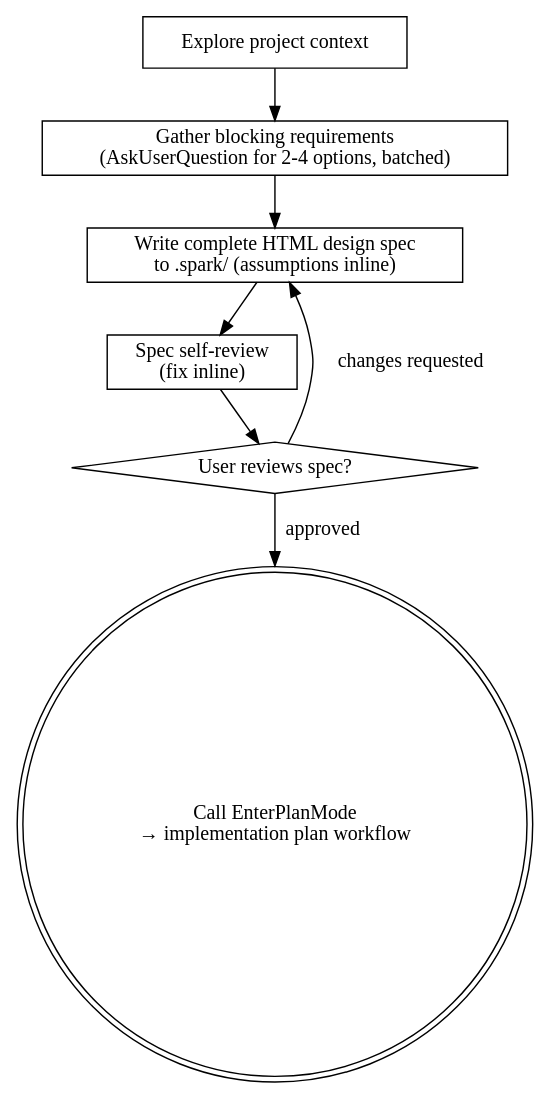
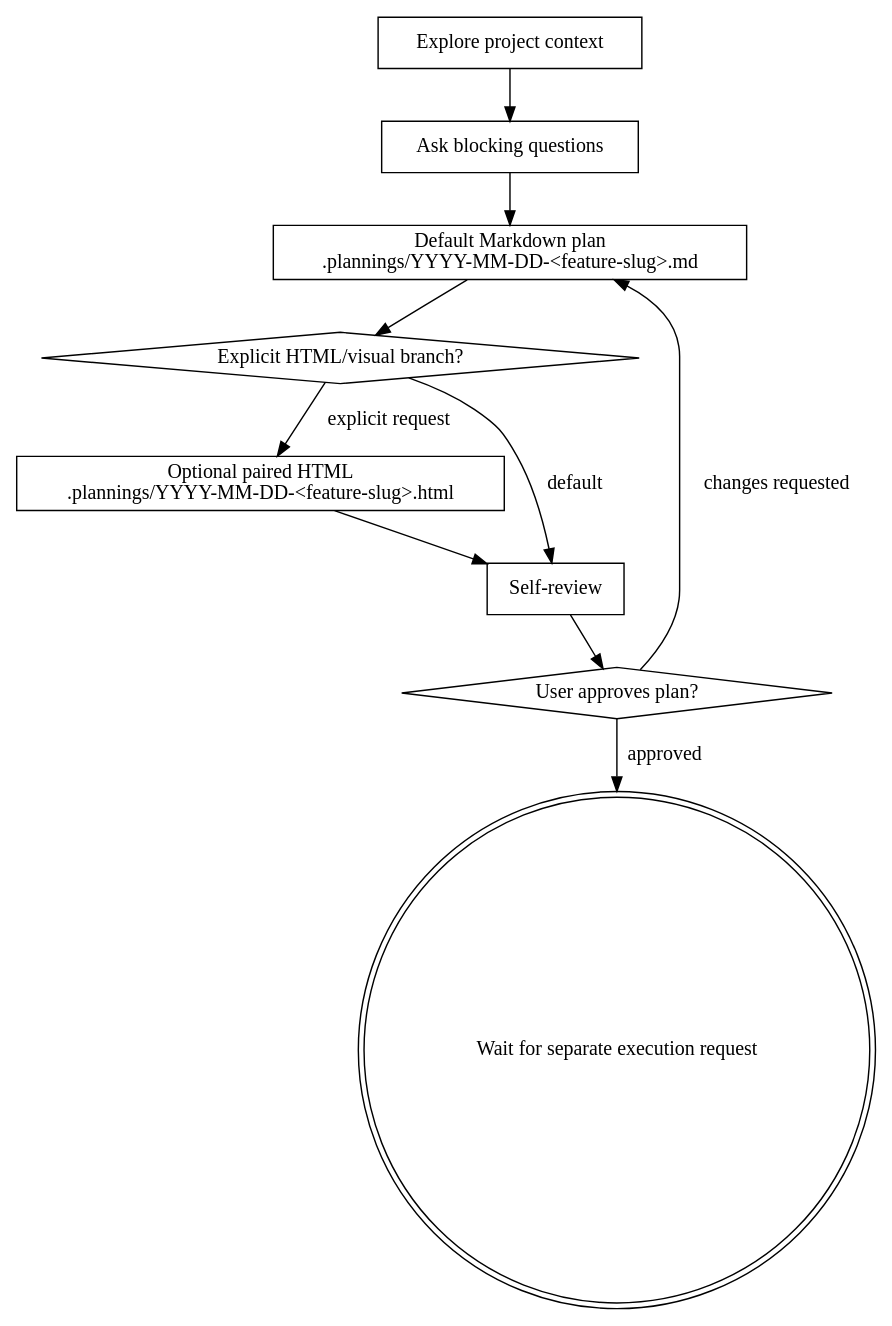
Before and after one commit to bahayonghang/my-ai-cli-toolkit: the diagram in skills/development-workflows/spark/SKILL.md, drawn with Graphviz. The commit also changed other lines of this file and 11 other files, not shown here.

First line of the commit message:
feat(spark): [AI] ✨ 默认生成 Markdown 实施计划

````diff
--- a/skills/development-workflows/spark/SKILL.md
+++ b/skills/development-workflows/spark/SKILL.md
@@ -43,17 +46,29 @@
 ```dot
-digraph brainstorming {
+digraph spark_plan {
     "Explore project context" [shape=box];
-    "Gather blocking requirements\n(AskUserQuestion for 2-4 options, batched)" [shape=box];
-    "Write complete HTML design spec\nto .spark/ (assumptions inline)" [shape=box];
-    "Spec self-review\n(fix inline)" [shape=box];
-    "User reviews spec?" [shape=diamond];
-    "Call EnterPlanMode\n→ implementation plan workflow" [shape=doublecircle];
+    "Ask blocking questions" [shape=box];
+    "Default Markdown plan
+.plannings/YYYY-MM-DD-<feature-slug>.md" [shape=box];
+    "Explicit HTML/visual branch?" [shape=diamond];
+    "Optional paired HTML
+.plannings/YYYY-MM-DD-<feature-slug>.html" [shape=box];
+    "Self-review" [shape=box];
+    "User approves plan?" [shape=diamond];
+    "Wait for separate execution request" [shape=doublecircle];
 
-    "Explore project context" -> "Gather blocking requirements\n(AskUserQuestion for 2-4 options, batched)";
-    "Gather blocking requirements\n(AskUserQuestion for 2-4 options, batched)" -> "Write complete HTML design spec\nto .spark/ (assumptions inline)";
-    "Write complete HTML design spec\nto .spark/ (assumptions inline)" -> "Spec self-review\n(fix inline)";
-    "Spec self-review\n(fix inline)" -> "User reviews spec?";
-    "User reviews spec?" -> "Write complete HTML design spec\nto .spark/ (assumptions inline)" [label="changes requested"];
-    "User reviews spec?" -> "Call EnterPlanMode\n→ implementation plan workflow" [label="approved"];
+    "Explore project context" -> "Ask blocking questions";
+    "Ask blocking questions" -> "Default Markdown plan
+.plannings/YYYY-MM-DD-<feature-slug>.md";
+    "Default Markdown plan
+.plannings/YYYY-MM-DD-<feature-slug>.md" -> "Explicit HTML/visual branch?";
+    "Explicit HTML/visual branch?" -> "Optional paired HTML
+.plannings/YYYY-MM-DD-<feature-slug>.html" [label="explicit request"];
+    "Explicit HTML/visual branch?" -> "Self-review" [label="default"];
+    "Optional paired HTML
+.plannings/YYYY-MM-DD-<feature-slug>.html" -> "Self-review";
+    "Self-review" -> "User approves plan?";
+    "User approves plan?" -> "Default Markdown plan
+.plannings/YYYY-MM-DD-<feature-slug>.md" [label="changes requested"];
+    "User approves plan?" -> "Wait for separate execution request" [label="approved"];
 }
 ```
````
